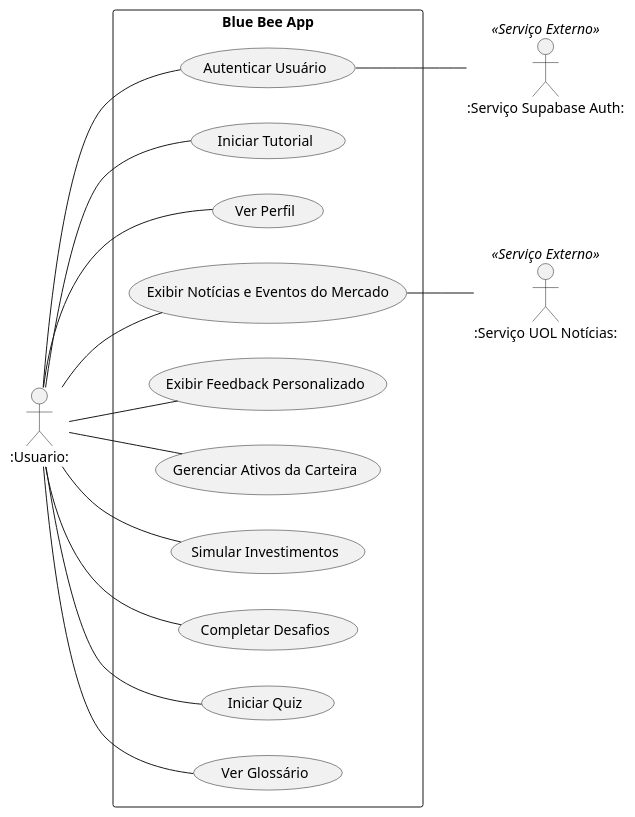
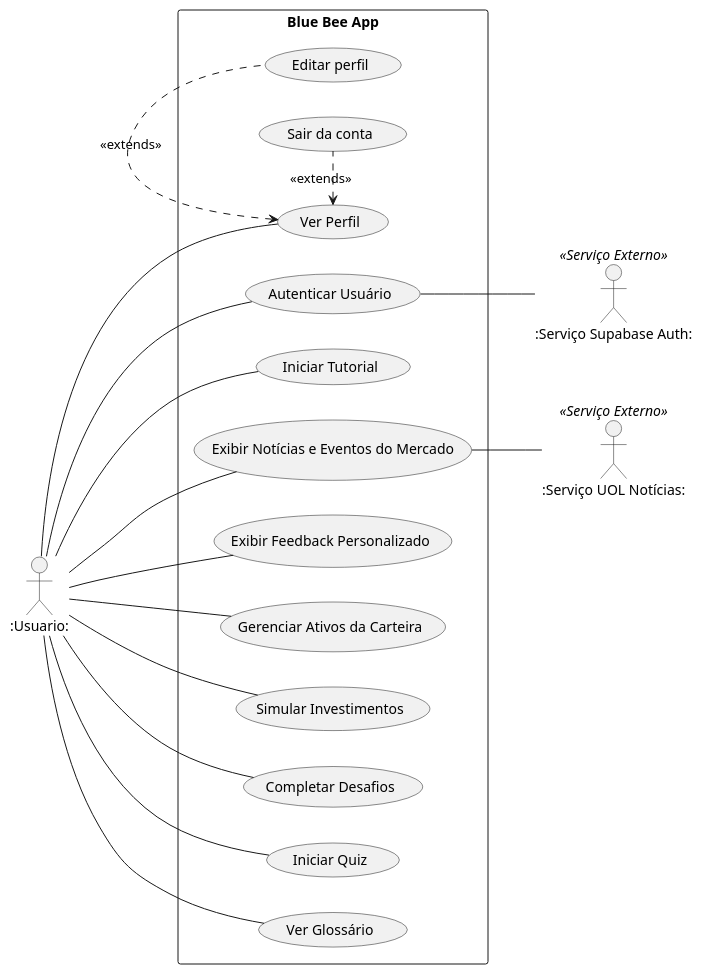
One commit to pedrOfsilveira/diagramas changed the diagram in casosdeuso.wsd. Above: the diagram before and after it, drawn with PlantUML. The commit also changed 41 other files, not shown here.

Commit message:
atividades concluido, ER concluido, Componentes concluido, revisar requisitos e casos de uso

```diff
--- a/casosdeuso.wsd
+++ b/casosdeuso.wsd
@@ -1,36 +1,41 @@
 @startuml
 left to right direction
 
 actor ":Usuario:" as User
 actor ":Serviço Supabase Auth:" as ServicoSupabaseAuth <<Serviço Externo>>
 actor ":Serviço UOL Notícias:" as ServicoUolApi <<Serviço Externo>>
 
 
 rectangle "Blue Bee App" {
     usecase "Autenticar Usuário" as UC_Auth
     usecase "Iniciar Tutorial" as UC_Tutorial
     usecase "Ver Perfil" as UC_VerPerfil
     usecase "Exibir Notícias e Eventos do Mercado" as UC_ExibirNoticias
     usecase "Exibir Feedback Personalizado" as UC_ExibirFeedback
     usecase "Gerenciar Ativos da Carteira" as UC_GerenciarAtivosCarteira
     usecase "Simular Investimentos" as UC_SimularInvestimentos
     usecase "Completar Desafios" as UC_CompletarDesafios
     usecase "Iniciar Quiz" as UC_IniciarQuiz
     usecase "Ver Glossário" as UC_VerGlossario
+    usecase "Editar perfil" as UC_EditPerfil
+    usecase "Sair da conta" as UC_SairConta
 }
 
 User -- UC_Auth
 User -- UC_Tutorial
 User -- UC_VerPerfil
 User -- UC_ExibirNoticias
 User -- UC_ExibirFeedback
 User -- UC_GerenciarAtivosCarteira
 User -- UC_SimularInvestimentos
 User -- UC_CompletarDesafios
 User -- UC_IniciarQuiz
 User -- UC_VerGlossario
 
+UC_VerPerfil <. UC_EditPerfil : <<extends>>
+UC_VerPerfil <. UC_SairConta : <<extends>>
+
 UC_Auth -- ServicoSupabaseAuth
 UC_ExibirNoticias -- ServicoUolApi
 
 @enduml
```
